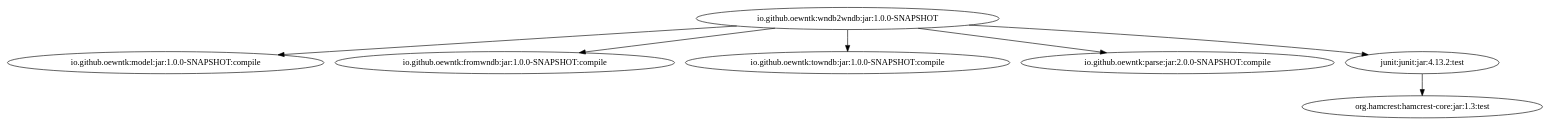
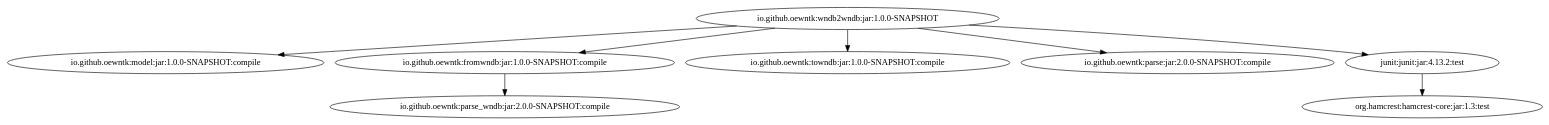
Before and after one commit to oewntk/grind_wndb2wndb: the diagram in images/grind-wndb2wndb.dot, drawn with Graphviz. The commit also changed 2 other files, not shown here.

```diff
--- a/images/grind-wndb2wndb.dot
+++ b/images/grind-wndb2wndb.dot
@@ -1,8 +1,9 @@
-digraph "io.github.oewntk:wndb2wndb:jar:1.0.0-SNAPSHOT" {
-	"io.github.oewntk:wndb2wndb:jar:1.0.0-SNAPSHOT" -> "io.github.oewntk:model:jar:1.0.0-SNAPSHOT:compile" ;
-	"io.github.oewntk:wndb2wndb:jar:1.0.0-SNAPSHOT" -> "io.github.oewntk:fromwndb:jar:1.0.0-SNAPSHOT:compile" ;
-	"io.github.oewntk:wndb2wndb:jar:1.0.0-SNAPSHOT" -> "io.github.oewntk:towndb:jar:1.0.0-SNAPSHOT:compile" ;
-	"io.github.oewntk:wndb2wndb:jar:1.0.0-SNAPSHOT" -> "io.github.oewntk:parse:jar:2.0.0-SNAPSHOT:compile" ;
-	"io.github.oewntk:wndb2wndb:jar:1.0.0-SNAPSHOT" -> "junit:junit:jar:4.13.2:test" ;
+digraph "io.github.oewntk:wndb2wndb:jar:1.0.0-SNAPSHOT" { 
+	"io.github.oewntk:wndb2wndb:jar:1.0.0-SNAPSHOT" -> "io.github.oewntk:model:jar:1.0.0-SNAPSHOT:compile" ; 
+	"io.github.oewntk:wndb2wndb:jar:1.0.0-SNAPSHOT" -> "io.github.oewntk:fromwndb:jar:1.0.0-SNAPSHOT:compile" ; 
+	"io.github.oewntk:wndb2wndb:jar:1.0.0-SNAPSHOT" -> "io.github.oewntk:towndb:jar:1.0.0-SNAPSHOT:compile" ; 
+	"io.github.oewntk:wndb2wndb:jar:1.0.0-SNAPSHOT" -> "io.github.oewntk:parse:jar:2.0.0-SNAPSHOT:compile" ; 
+	"io.github.oewntk:wndb2wndb:jar:1.0.0-SNAPSHOT" -> "junit:junit:jar:4.13.2:test" ; 
+	"io.github.oewntk:fromwndb:jar:1.0.0-SNAPSHOT:compile" -> "io.github.oewntk:parse_wndb:jar:2.0.0-SNAPSHOT:compile" ; 
 	"junit:junit:jar:4.13.2:test" -> "org.hamcrest:hamcrest-core:jar:1.3:test" ; 
  } 
```
